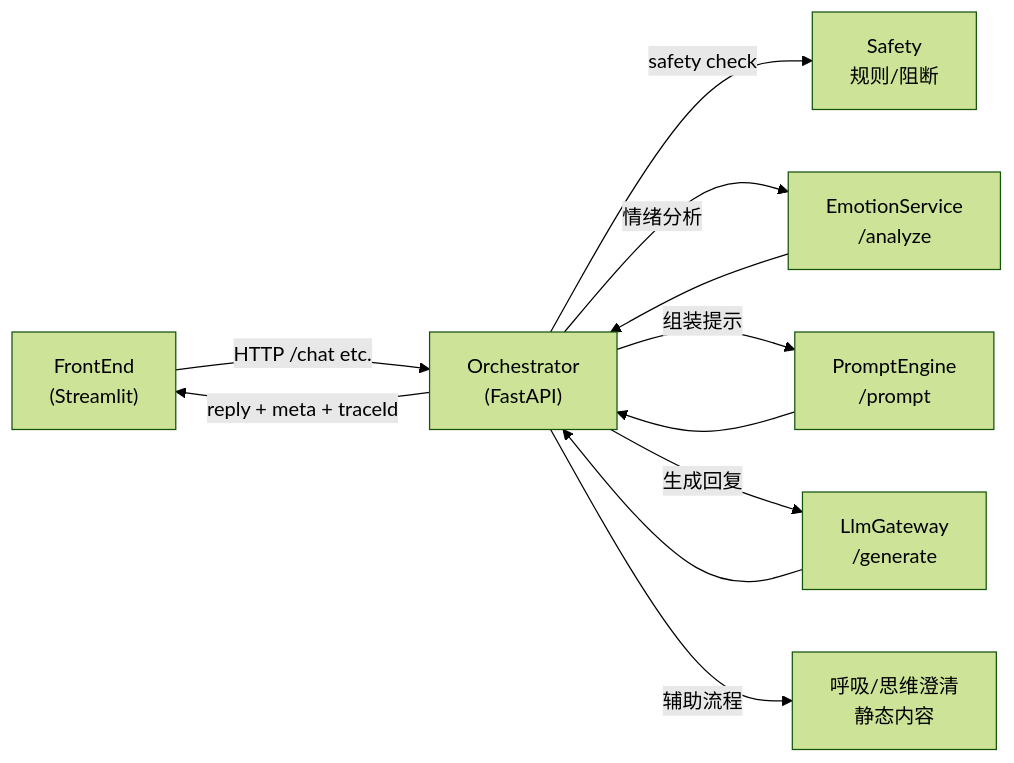
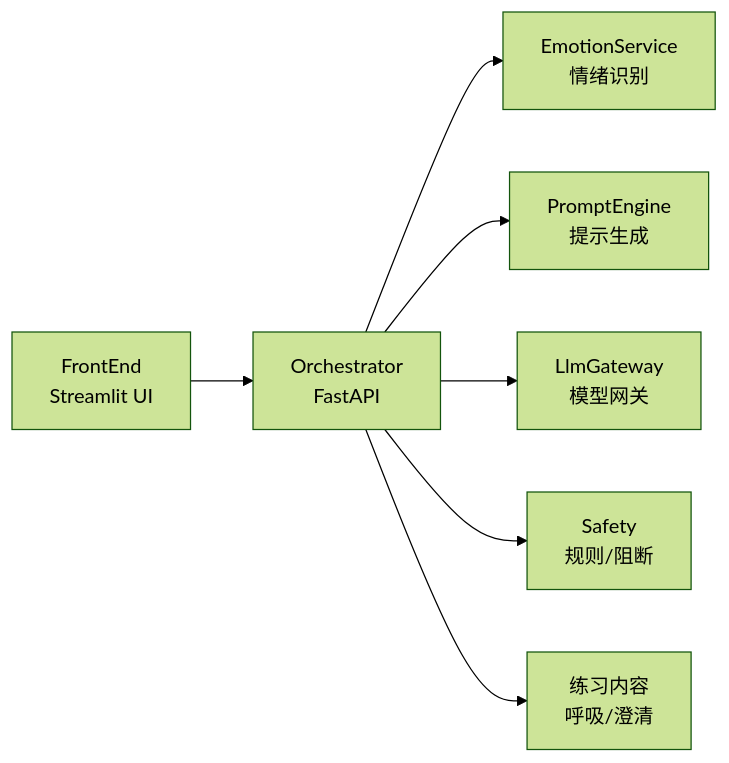
One commit to RabbitEG/MindfulMentor changed the first of 2 diagrams in README.md. Above: the diagram before and after it, drawn with Mermaid (forest theme). The commit also changed other lines of this file, not shown here.

Commit message:
Top README.md mermaid

````diff
--- a/README.md
+++ b/README.md
@@ -35,13 +35,9 @@
 ```mermaid
 flowchart LR
-  FE["FrontEnd<br/>(Streamlit)"] -->|HTTP /chat etc.| ORC["Orchestrator<br/>(FastAPI)"]
-  ORC -->|safety check| SAFE["Safety<br/>规则/阻断"]
-  ORC -->|情绪分析| EMO["EmotionService<br/>/analyze"]
-  EMO --> ORC
-  ORC -->|组装提示| PROMPT["PromptEngine<br/>/prompt"]
-  PROMPT --> ORC
-  ORC -->|生成回复| LLM["LlmGateway<br/>/generate"]
-  LLM --> ORC
-  ORC -->|reply + meta + traceId| FE
-  ORC -->|辅助流程| EX["呼吸/思维澄清<br/>静态内容"]
+  FE["FrontEnd<br/>Streamlit UI"] --> ORC["Orchestrator<br/>FastAPI"]
+  ORC --> EMO["EmotionService<br/>情绪识别"]
+  ORC --> PROMPT["PromptEngine<br/>提示生成"]
+  ORC --> LLM["LlmGateway<br/>模型网关"]
+  ORC --> SAFE["Safety<br/>规则/阻断"]
+  ORC --> EX["练习内容<br/>呼吸/澄清"]
 ```
````
